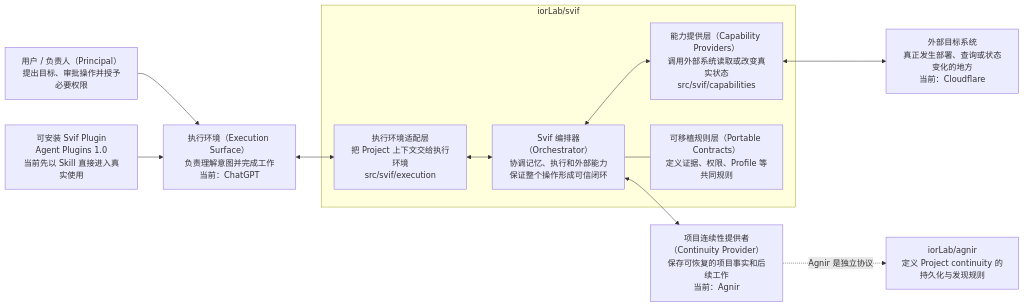
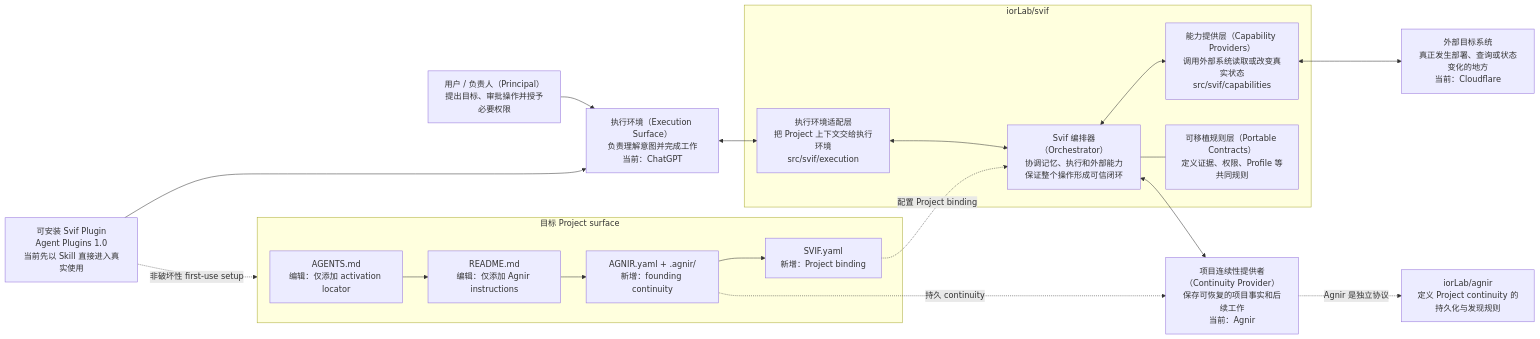
One commit to iorLab/svif changed the first of 2 diagrams in README.zh-CN.md. Above: the diagram before and after it, drawn with Mermaid. The commit also changed other lines of this file and 5 other files, not shown here.

Commit message:
docs: explain non-destructive Svif first-use surface

````diff
--- a/README.zh-CN.md
+++ b/README.zh-CN.md
@@ -46,21 +67,33 @@
 ```mermaid
 flowchart LR
     P["用户 / 负责人（Principal）<br/>提出目标、审批操作并授予必要权限"] --> E["执行环境（Execution Surface）<br/>负责理解意图并完成工作<br/>当前：ChatGPT"]
+
     D["可安装 Svif Plugin<br/>Agent Plugins 1.0<br/>当前先以 Skill 直接进入真实使用"] --> E
+    D -. "非破坏性 first-use setup" .-> T
+
+    subgraph T["目标 Project surface"]
+        G["AGENTS.md<br/>编辑：仅添加 activation locator"]
+        H["README.md<br/>编辑：仅添加 Agnir instructions"]
+        Q["AGNIR.yaml + .agnir/<br/>新增：founding continuity"]
+        B["SVIF.yaml<br/>新增：Project binding"]
+        G --> H --> Q --> B
+    end
 
     subgraph S[iorLab/svif]
         O["Svif 编排器（Orchestrator）<br/>协调记忆、执行和外部能力<br/>保证整个操作形成可信闭环"]
         X["执行环境适配层<br/>把 Project 上下文交给执行环境<br/>src/svif/execution"]
         K["能力提供层（Capability Providers）<br/>调用外部系统读取或改变真实状态<br/>src/svif/capabilities"]
         R["可移植规则层（Portable Contracts）<br/>定义证据、权限、Profile 等共同规则"]
         O --- R
         X <--> O
         O <--> K
     end
 
     E <--> X
+    B -. "配置 Project binding" .-> O
     O <--> C["项目连续性提供者（Continuity Provider）<br/>保存可恢复的项目事实和后续工作<br/>当前：Agnir"]
+    Q -. "持久 continuity" .-> C
     K <--> F["外部目标系统<br/>真正发生部署、查询或状态变化的地方<br/>当前：Cloudflare"]
 
     C -. "Agnir 是独立协议" .-> A["iorLab/agnir<br/>定义 Project continuity 的持久化与发现规则"]
 ```
````
